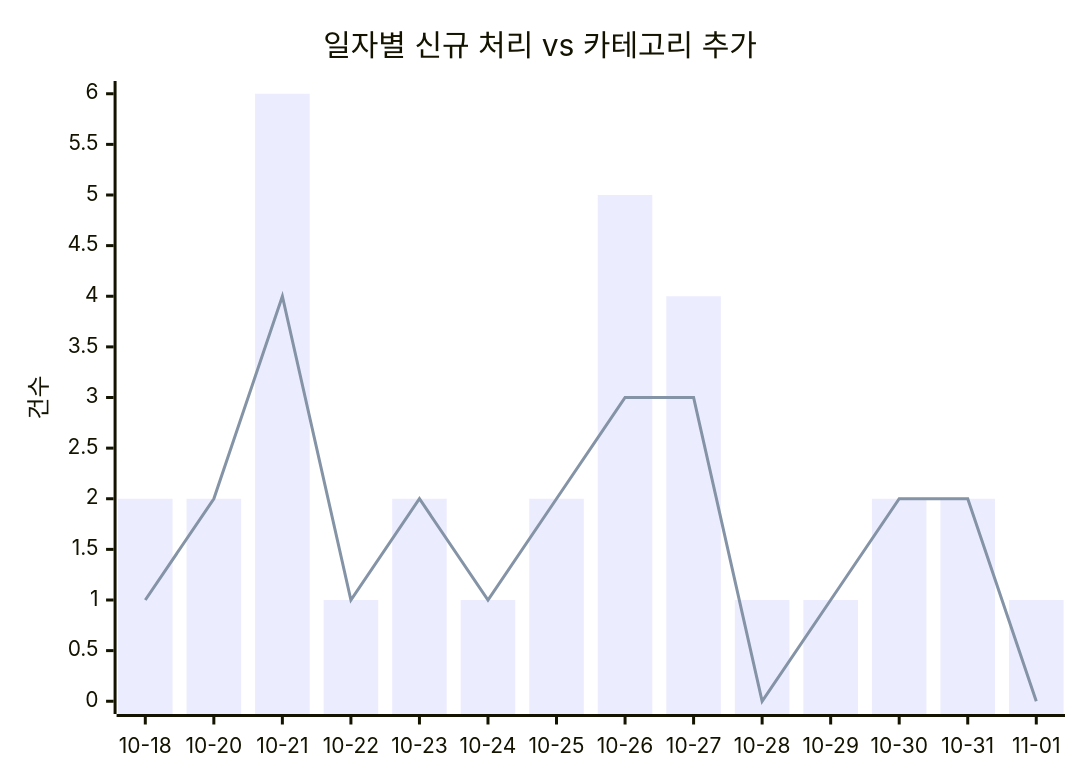
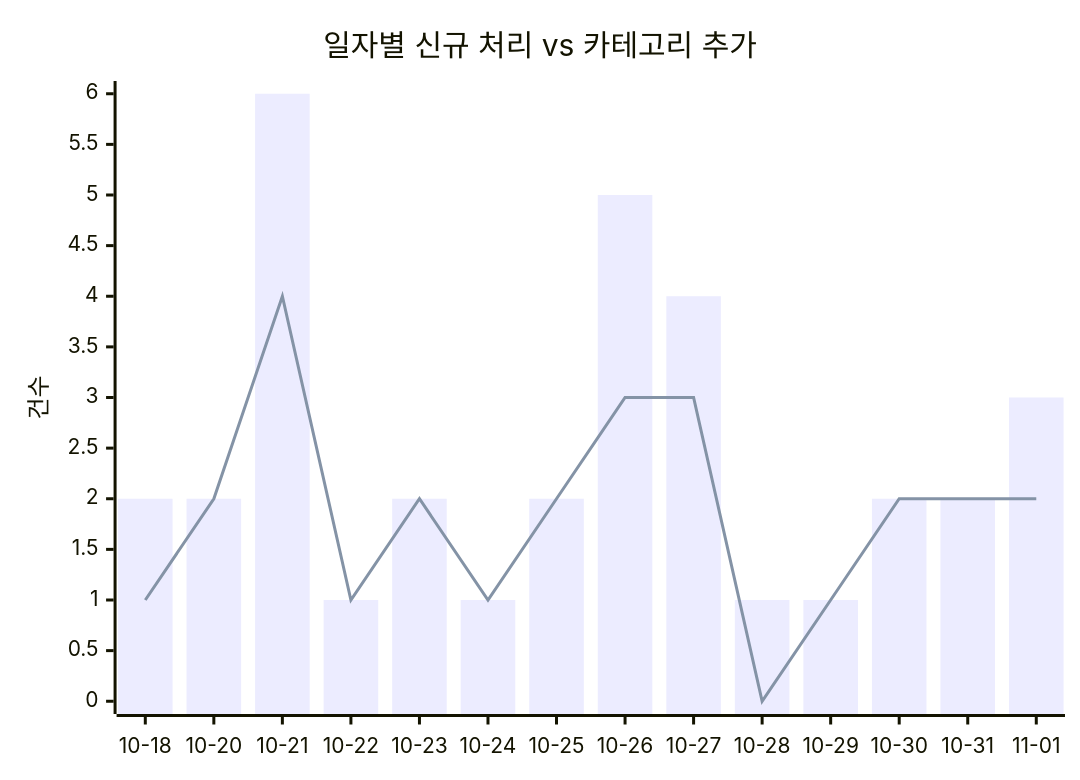
The first of 2 diagrams in docs/trends.md (J-nowcow/awesome-korean-agent-skills), drawn with Mermaid before and after one commit. The commit also changed other lines of this file and 5 other files, not shown here.

````diff
--- a/docs/trends.md
+++ b/docs/trends.md
@@ -32,8 +32,8 @@
 ```mermaid
 xychart-beta
     title "일자별 신규 처리 vs 카테고리 추가"
     x-axis ["10-18","10-20","10-21","10-22","10-23","10-24","10-25","10-26","10-27","10-28","10-29","10-30","10-31","11-01"]
     y-axis "건수"
-    bar [2,2,6,1,2,1,2,5,4,1,1,2,2,1]
-    line [1,2,4,1,2,1,2,3,3,0,1,2,2,0]
+    bar [2,2,6,1,2,1,2,5,4,1,1,2,2,3]
+    line [1,2,4,1,2,1,2,3,3,0,1,2,2,2]
 ```
````
